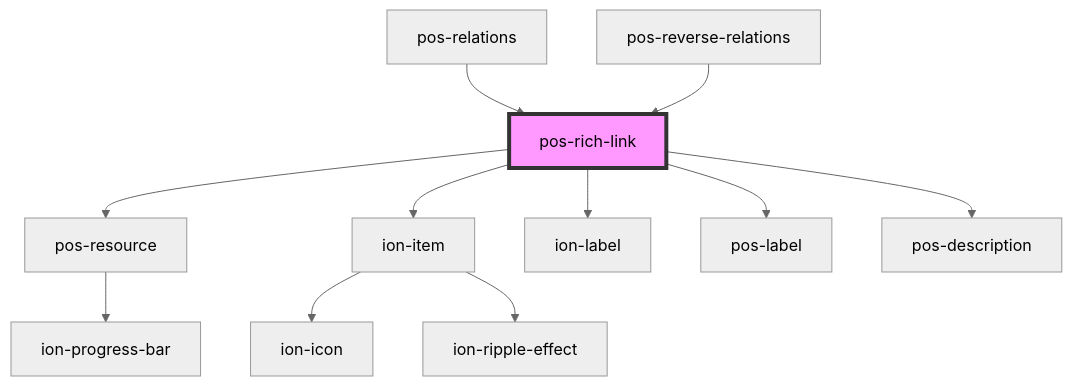
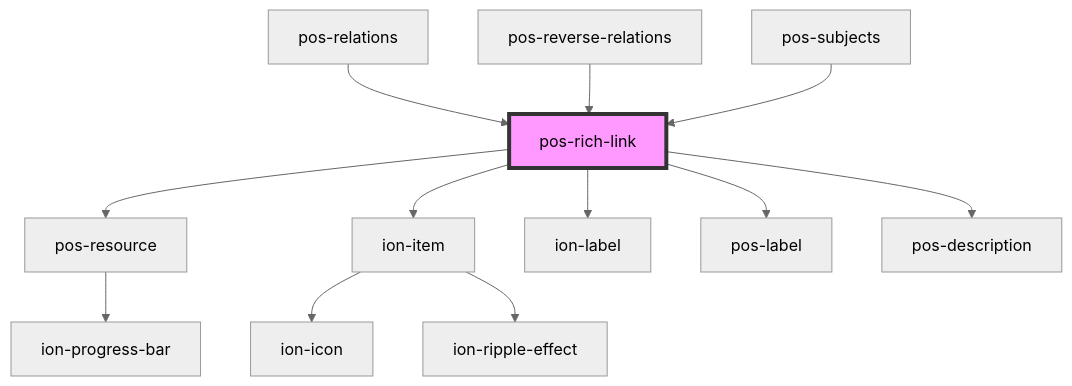
One commit to pod-os/PodOS changed the diagram in docs/elements/components/pos-rich-link/readme.md. Above: the diagram before and after it, drawn with Mermaid (neutral theme). The commit also changed other lines of this file and 6 other files, not shown here.

````diff
--- a/docs/elements/components/pos-rich-link/readme.md
+++ b/docs/elements/components/pos-rich-link/readme.md
@@ -38,14 +39,15 @@
 ```mermaid
 graph TD;
   pos-rich-link --> pos-resource
   pos-rich-link --> ion-item
   pos-rich-link --> ion-label
   pos-rich-link --> pos-label
   pos-rich-link --> pos-description
   pos-resource --> ion-progress-bar
   ion-item --> ion-icon
   ion-item --> ion-ripple-effect
   pos-relations --> pos-rich-link
   pos-reverse-relations --> pos-rich-link
+  pos-subjects --> pos-rich-link
   style pos-rich-link fill:#f9f,stroke:#333,stroke-width:4px
 ```
````
